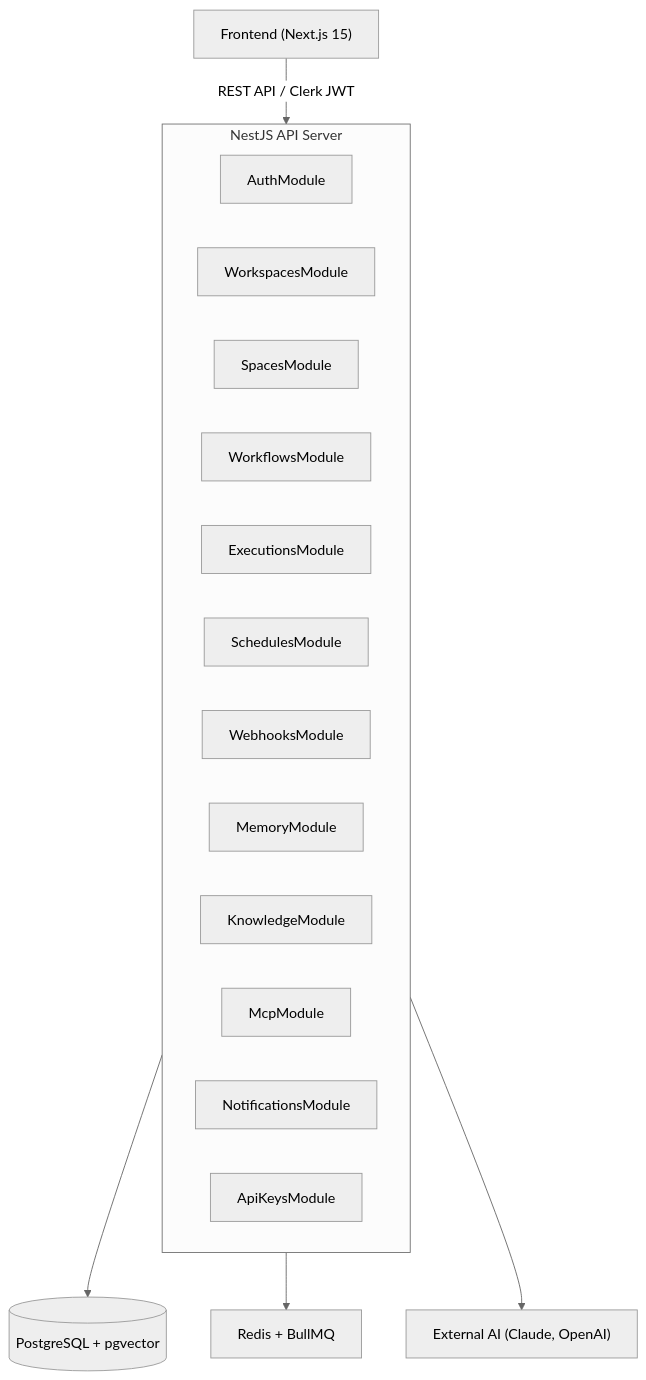
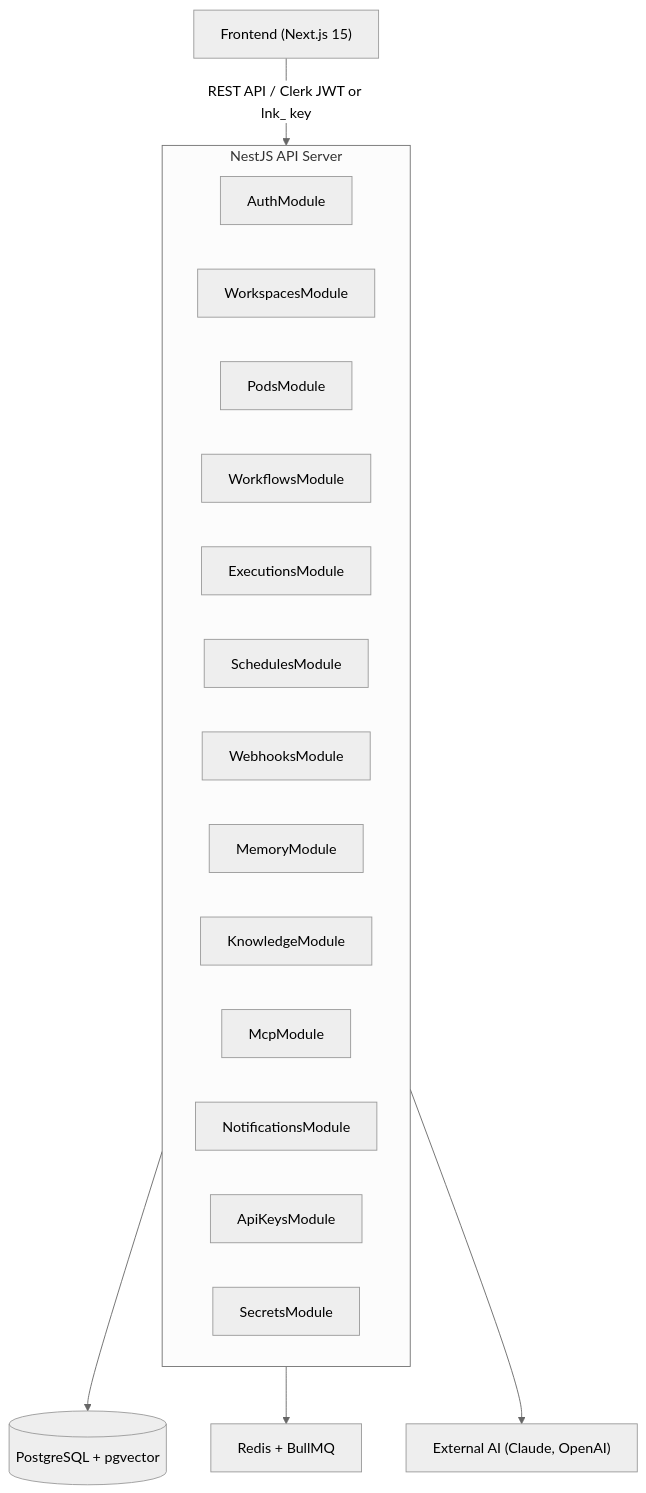
The diagram in apps/docs/content/docs/architecture/overview.mdx (linea-org/linea-mvp), drawn with Mermaid (neutral theme) before and after one commit. The commit also changed other lines of this file and 209 other files, not shown here.

````diff
--- a/apps/docs/content/docs/architecture/overview.mdx
+++ b/apps/docs/content/docs/architecture/overview.mdx
@@ -12,29 +12,30 @@
 ```mermaid
 graph TD
   FE["Frontend (Next.js 15)"]
 
   subgraph API["NestJS API Server"]
     direction LR
     AM[AuthModule]
     WS[WorkspacesModule]
-    SP[SpacesModule]
+    PM[PodsModule]
     WF[WorkflowsModule]
     EX[ExecutionsModule]
     SC[SchedulesModule]
     WH[WebhooksModule]
     ME[MemoryModule]
     KB[KnowledgeModule]
     MC[McpModule]
     NT[NotificationsModule]
     AK[ApiKeysModule]
+    SK[SecretsModule]
   end
 
   DB[("PostgreSQL + pgvector")]
   MQ["Redis + BullMQ"]
   AI["External AI (Claude, OpenAI)"]
 
-  FE -->|"REST API / Clerk JWT"| API
+  FE -->|"REST API / Clerk JWT or lnk_ key"| API
   API --> DB
   API --> MQ
   API --> AI
 ```
````
